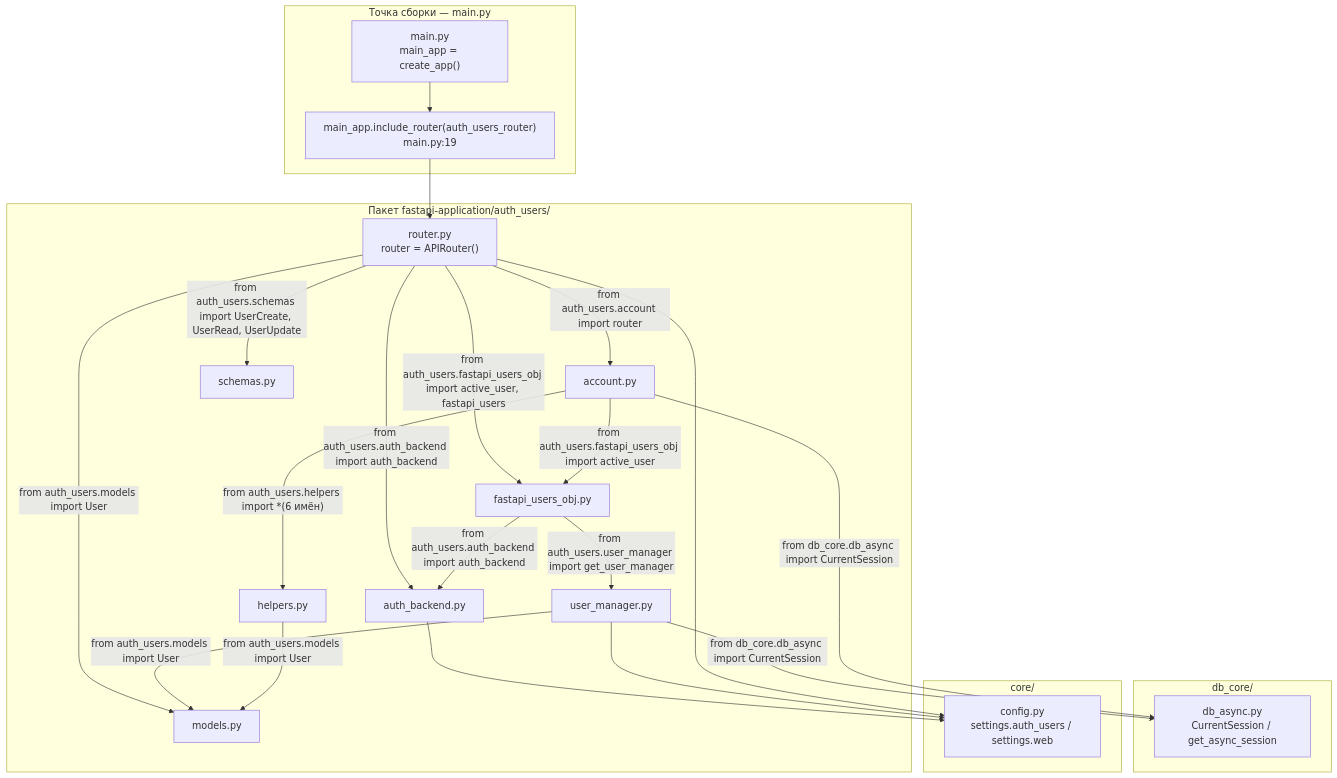
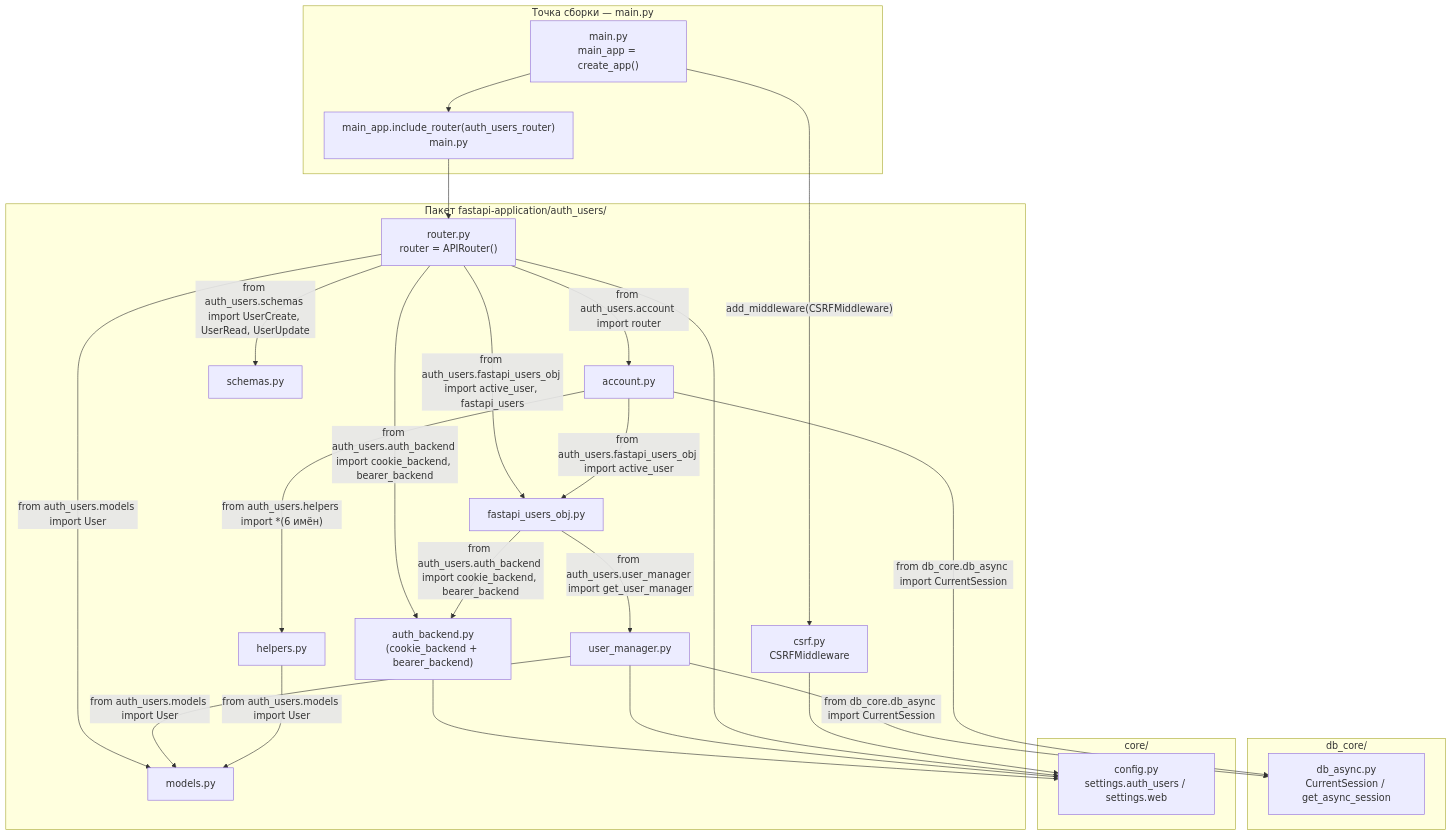
One commit to xaphan13/temp-auth-react-fast changed the first of 7 diagrams in docs/06_auth_visual.md. Above: the diagram before and after it, drawn with Mermaid. The commit also changed other lines of this file and 40 other files, not shown here.

````diff
--- a/docs/06_auth_visual.md
+++ b/docs/06_auth_visual.md
@@ -21,45 +21,48 @@
 ```mermaid
 graph TD
     subgraph ENTRY["Точка сборки — main.py"]
         MAIN["main.py<br/>main_app = create_app()"]
-        INCLUDE["main_app.include_router(auth_users_router)<br/>main.py:19"]
+        INCLUDE["main_app.include_router(auth_users_router)<br/>main.py"]
     end
 
     subgraph PKG["Пакет fastapi-application/auth_users/"]
         ROUTER["router.py<br/>router = APIRouter()"]
-        AUTHB["auth_backend.py"]
+        AUTHB["auth_backend.py<br/>(cookie_backend + bearer_backend)"]
         FUOBJ["fastapi_users_obj.py"]
         UMAN["user_manager.py"]
         ACC["account.py"]
         HELP["helpers.py"]
         SCH["schemas.py"]
         MOD["models.py"]
+        CSRF["csrf.py<br/>CSRFMiddleware"]
     end
 
     subgraph DB["db_core/"]
         DBSESS["db_async.py<br/>CurrentSession / get_async_session"]
     end
 
     subgraph CFG["core/"]
         CONF["config.py<br/>settings.auth_users / settings.web"]
     end
 
     MAIN --> INCLUDE
     INCLUDE --> ROUTER
     ROUTER -->|"from auth_users.account import router"| ACC
-    ROUTER -->|"from auth_users.auth_backend import auth_backend"| AUTHB
+    ROUTER -->|"from auth_users.auth_backend import cookie_backend, bearer_backend"| AUTHB
     ROUTER -->|"from auth_users.fastapi_users_obj import active_user, fastapi_users"| FUOBJ
     ROUTER -->|"from auth_users.schemas import UserCreate, UserRead, UserUpdate"| SCH
     ROUTER -->|"from auth_users.models import User"| MOD
-    FUOBJ -->|"from auth_users.auth_backend import auth_backend"| AUTHB
+    FUOBJ -->|"from auth_users.auth_backend import cookie_backend, bearer_backend"| AUTHB
     FUOBJ -->|"from auth_users.user_manager import get_user_manager"| UMAN
     UMAN -->|"from auth_users.models import User"| MOD
     UMAN -->|"from db_core.db_async import CurrentSession"| DBSESS
     ACC -->|"from auth_users.helpers import *(6 имён)"| HELP
     ACC -->|"from auth_users.fastapi_users_obj import active_user"| FUOBJ
     ACC -->|"from db_core.db_async import CurrentSession"| DBSESS
     HELP -->|"from auth_users.models import User"| MOD
     AUTHB --> CONF
     UMAN --> CONF
     ROUTER --> CONF
+    MAIN -->|"add_middleware(CSRFMiddleware)"| CSRF
+    CSRF --> CONF
 ```
````
